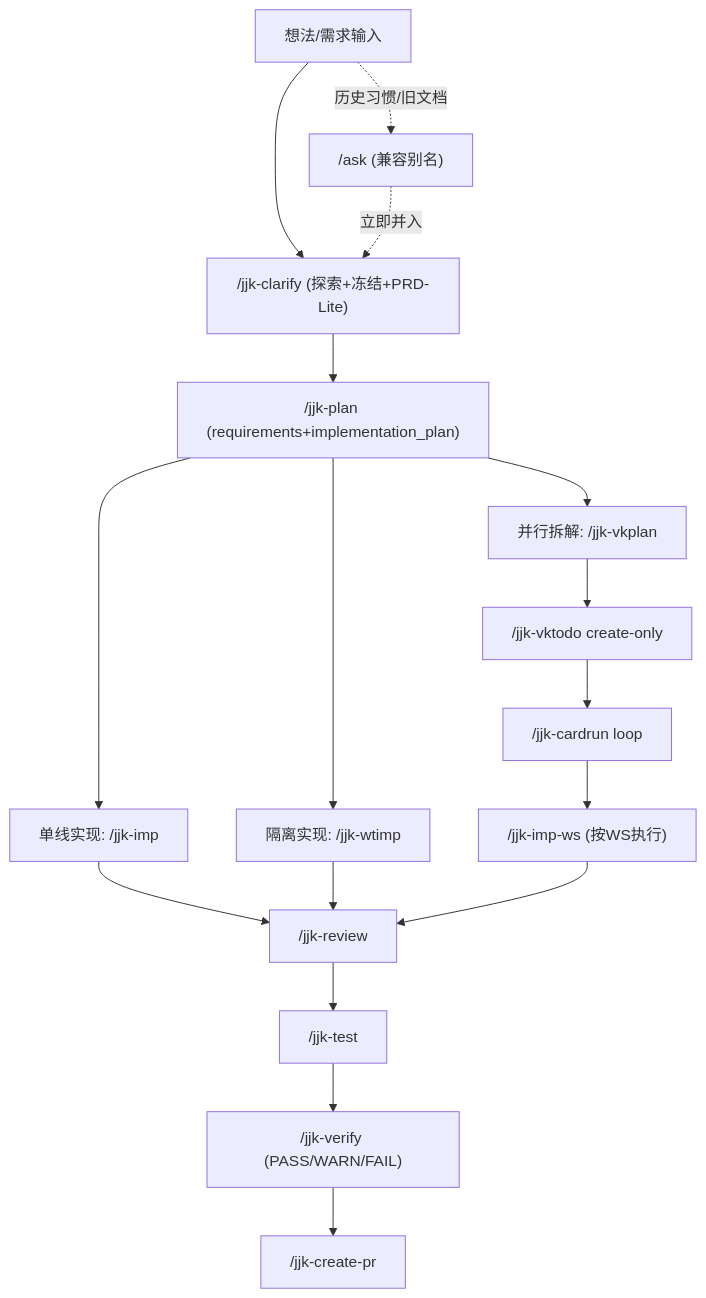
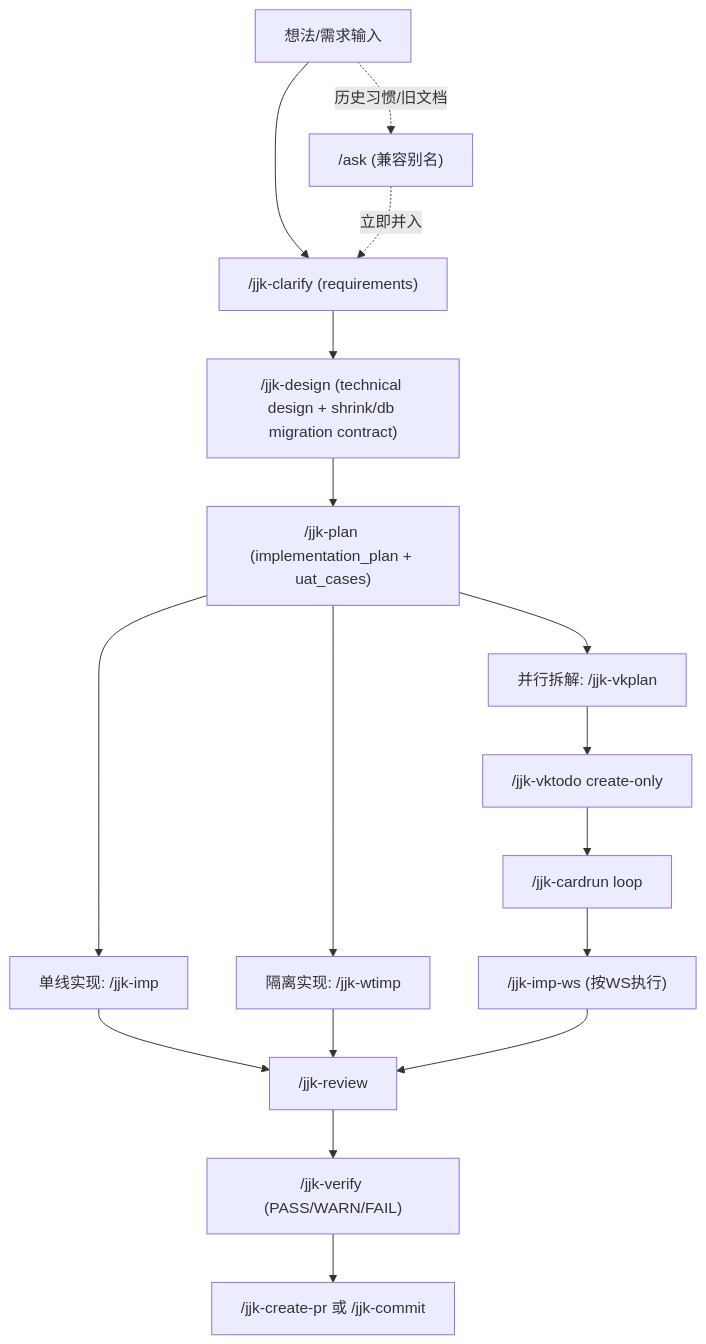
Before and after one commit to jijingkun-commits/fastapi: the second of 7 diagrams in docs/开发文档/工作流/指令用法_实现方式_工程流全景手册.md, drawn with Mermaid. The commit also changed other lines of this file and 41 other files, not shown here.

Commit message:
refactor(workflow): split design stage and unify migration flow

````diff
--- a/docs/开发文档/工作流/指令用法_实现方式_工程流全景手册.md
+++ b/docs/开发文档/工作流/指令用法_实现方式_工程流全景手册.md
@@ -147,21 +147,21 @@
 ```mermaid
 flowchart TD
-  A["想法/需求输入"] --> C["/jjk-clarify (探索+冻结+PRD-Lite)"]
+  A["想法/需求输入"] --> C["/jjk-clarify (requirements)"]
   A -.历史习惯/旧文档.-> B["/ask (兼容别名)"]
   B -.立即并入.-> C
-  C --> D["/jjk-plan (requirements+implementation_plan)"]
+  C --> D["/jjk-design (technical design + shrink/db migration contract)"]
+  D --> E["/jjk-plan (implementation_plan + uat_cases)"]
 
-  D --> E["单线实现: /jjk-imp"]
-  D --> F["隔离实现: /jjk-wtimp"]
-  D --> G["并行拆解: /jjk-vkplan"]
-  G --> H["/jjk-vktodo create-only"]
-  H --> I["/jjk-cardrun loop"]
-  I --> J["/jjk-imp-ws (按WS执行)"]
+  E --> F["单线实现: /jjk-imp"]
+  E --> G["隔离实现: /jjk-wtimp"]
+  E --> H["并行拆解: /jjk-vkplan"]
+  H --> I["/jjk-vktodo create-only"]
+  I --> J["/jjk-cardrun loop"]
+  J --> K["/jjk-imp-ws (按WS执行)"]
 
-  E --> K["/jjk-review"]
-  F --> K
-  J --> K
-  K --> L["/jjk-test"]
+  F --> L["/jjk-review"]
+  G --> L
+  K --> L
   L --> M["/jjk-verify (PASS/WARN/FAIL)"]
-  M --> N["/jjk-create-pr"]
+  M --> N["/jjk-create-pr 或 /jjk-commit"]
 ```
````
